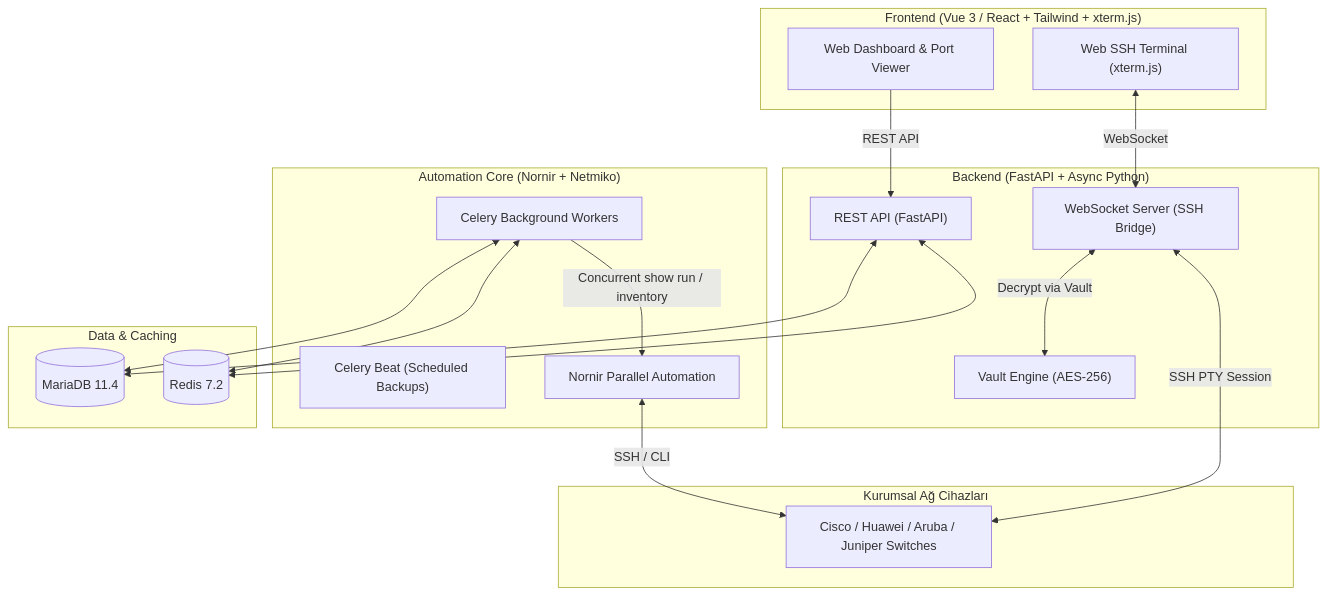
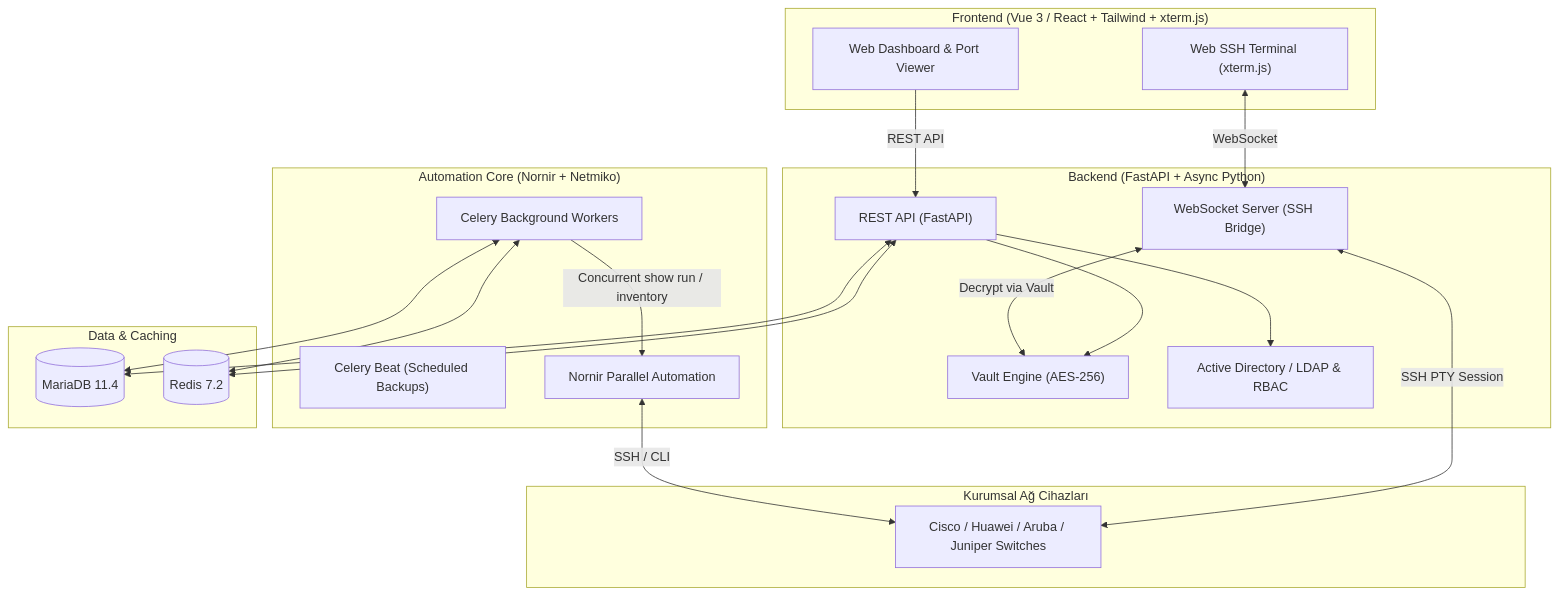
Before and after one commit to mertgl1/OmniEyeNetwork: the diagram in README.md, drawn with Mermaid. The commit also changed other lines of this file and 20 other files, not shown here.

Commit message:
feat: implement Phase 2 security with AES-256 Vault, AD/LDAP RBAC, and automated tests

````diff
--- a/README.md
+++ b/README.md
@@ -11,39 +11,42 @@
 ```mermaid
 flowchart TD
     subgraph Frontend["Frontend (Vue 3 / React + Tailwind + xterm.js)"]
         UI["Web Dashboard & Port Viewer"]
         Terminal["Web SSH Terminal (xterm.js)"]
     end
 
     subgraph Backend["Backend (FastAPI + Async Python)"]
         API["REST API (FastAPI)"]
         WS["WebSocket Server (SSH Bridge)"]
         Vault["Vault Engine (AES-256)"]
+        Auth["Active Directory / LDAP & RBAC"]
     end
 
     subgraph CoreEngine["Automation Core (Nornir + Netmiko)"]
         Worker["Celery Background Workers"]
         Scheduler["Celery Beat (Scheduled Backups)"]
         NornirEngine["Nornir Parallel Automation"]
     end
 
     subgraph DataStorage["Data & Caching"]
         DB[(MariaDB 11.4)]
         Redis[(Redis 7.2)]
     end
 
     subgraph NetworkDevices["Kurumsal Ağ Cihazları"]
         Switches["Cisco / Huawei / Aruba / Juniper Switches"]
     end
 
     UI -->|REST API| API
     Terminal <-->|WebSocket| WS
+    API --> Auth
+    API --> Vault
     API <--> DB
     API <--> Redis
     WS <-->|Decrypt via Vault| Vault
     WS <-->|SSH PTY Session| Switches
     Worker <--> DB
     Worker <--> Redis
     Worker -->|Concurrent show run / inventory| NornirEngine
     NornirEngine <-->|SSH / CLI| Switches
 ```
````
